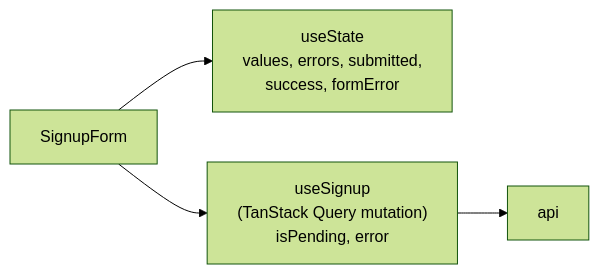
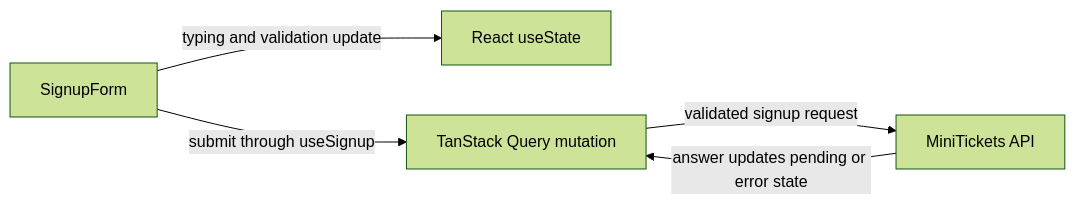
Before and after one commit to maheshnd/minitickets: the diagram in docs/handbook/concepts/state-management.md, drawn with Mermaid (forest theme). The commit also changed other lines of this file and 119 other files, not shown here.

````diff
--- a/docs/handbook/concepts/state-management.md
+++ b/docs/handbook/concepts/state-management.md
@@ -20,6 +18,7 @@
 ```mermaid
 flowchart LR
-    form["SignupForm"] --> local["useState<br/>values, errors, submitted,<br/>success, formError"]
-    form --> server["useSignup<br/>(TanStack Query mutation)<br/>isPending, error"]
-    server --> api["api"]
+form["SignupForm"] -->|"typing and validation update"| local["React useState"]
+    form -->|"submit through useSignup"| mutation["TanStack Query mutation"]
+    mutation -->|"validated signup request"| api["MiniTickets API"]
+    api -->|"answer updates pending or error state"| mutation
 ```
````
